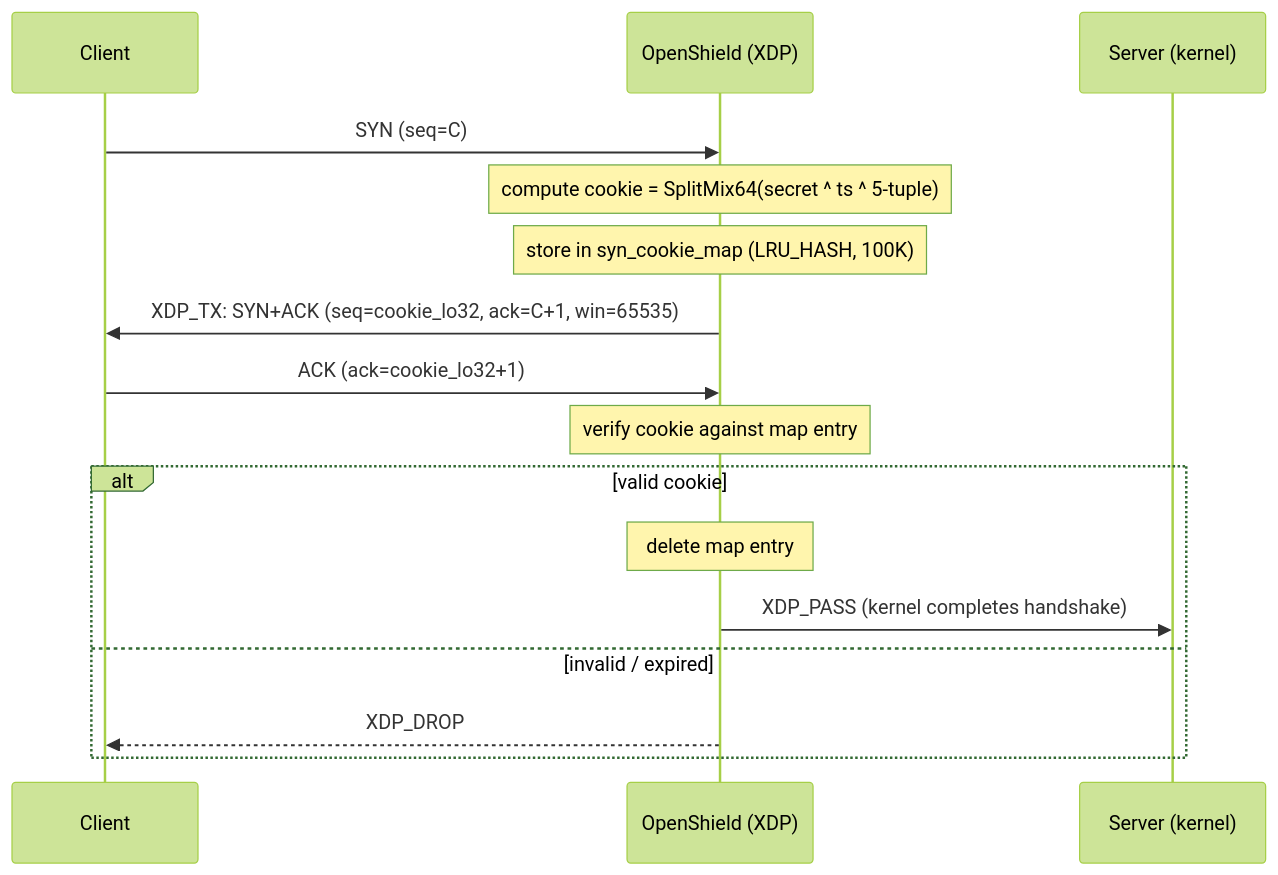
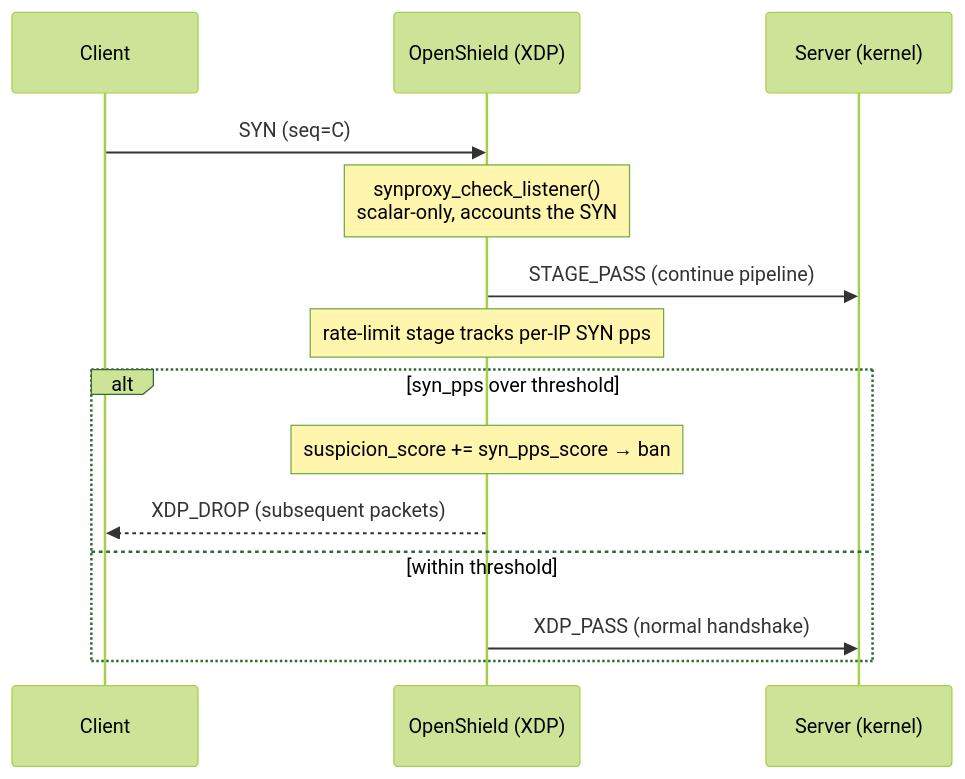
Before and after one commit to AnAverageBeing/pingless-studios-docs: the diagram in docs/openshield-xdp/detection-engine/synproxy.md, drawn with Mermaid (forest theme). The commit also changed other lines of this file and 23 other files, not shown here.

Commit message:
docs(openshield-xdp): scalar rate-based SYN protection, freplace opt-in (kernel >=6.10), 5.15 support floor, remove syn_cookie_map

````diff
--- a/docs/openshield-xdp/detection-engine/synproxy.md
+++ b/docs/openshield-xdp/detection-engine/synproxy.md
@@ -11,19 +19,17 @@
 ```mermaid
 sequenceDiagram
     participant Client
     participant OpenShield as OpenShield (XDP)
     participant Kernel as Server (kernel)
 
     Client->>OpenShield: SYN (seq=C)
-    Note over OpenShield: compute cookie = SplitMix64(secret ^ ts ^ 5-tuple)
-    Note over OpenShield: store in syn_cookie_map (LRU_HASH, 100K)
-    OpenShield->>Client: XDP_TX: SYN+ACK (seq=cookie_lo32, ack=C+1, win=65535)
-    Client->>OpenShield: ACK (ack=cookie_lo32+1)
-    Note over OpenShield: verify cookie against map entry
-    alt valid cookie
-        Note over OpenShield: delete map entry
-        OpenShield->>Kernel: XDP_PASS (kernel completes handshake)
-    else invalid / expired
-        OpenShield-->>Client: XDP_DROP
+    Note over OpenShield: synproxy_check_listener()<br/>scalar-only, accounts the SYN
+    OpenShield->>Kernel: STAGE_PASS (continue pipeline)
+    Note over OpenShield: rate-limit stage tracks per-IP SYN pps
+    alt syn_pps over threshold
+        Note over OpenShield: suspicion_score += syn_pps_score → ban
+        OpenShield-->>Client: XDP_DROP (subsequent packets)
+    else within threshold
+        OpenShield->>Kernel: XDP_PASS (normal handshake)
     end
 ```
````
